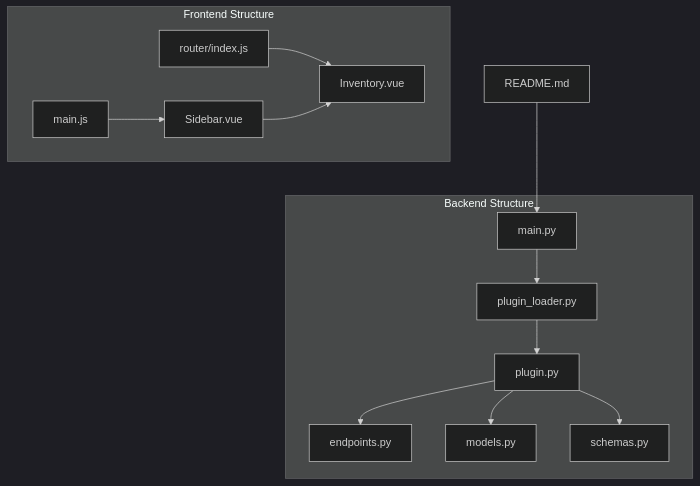
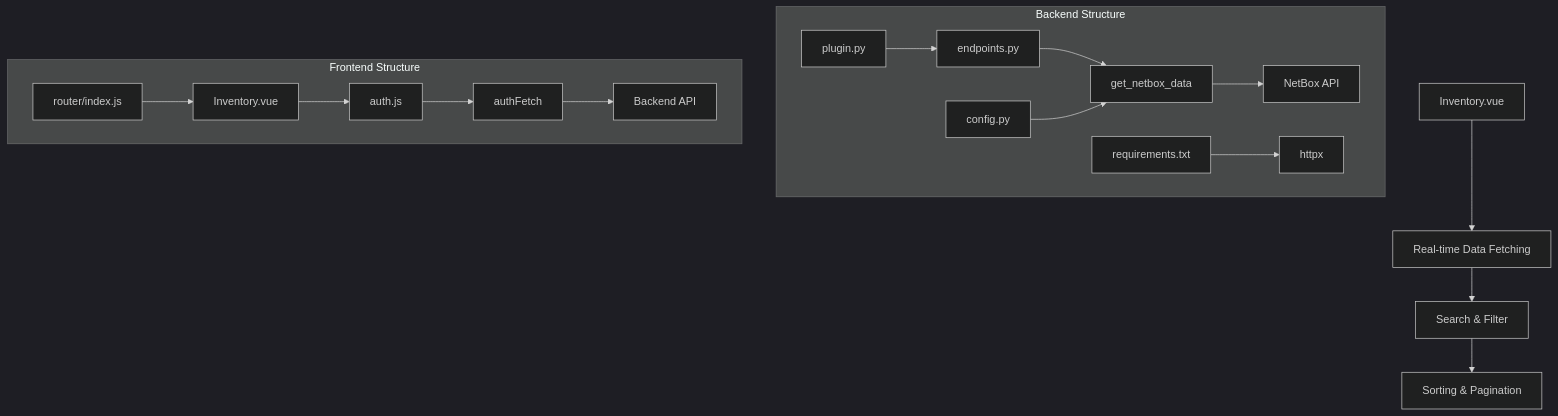
One commit to Nikita5543/New-SSO-02 changed the first of 6 diagrams in .qoder/repowiki/en/content/Built-in Plugins/Inventory Plugin.md. Above: the diagram before and after it, drawn with Mermaid (dark theme). The commit also changed other lines of this file and 1 other file, not shown here.

````diff
--- a/.qoder/repowiki/en/content/Built-in Plugins/Inventory Plugin.md
+++ b/.qoder/repowiki/en/content/Built-in Plugins/Inventory Plugin.md
@@ -43,16 +53,19 @@
 ```mermaid
 graph TB
 subgraph "Backend Structure"
 A[plugin.py] --> B[endpoints.py]
-A --> C[models.py]
-A --> D[schemas.py]
-E[plugin_loader.py] --> A
-F[main.py] --> E
+B --> C[get_netbox_data]
+C --> D[NetBox API]
+E[config.py] --> C
+F[requirements.txt] --> G[httpx]
 end
 subgraph "Frontend Structure"
-G[router/index.js] --> H[Inventory.vue]
-I[main.js] --> J[Sidebar.vue]
-J --> H
+H[router/index.js] --> I[Inventory.vue]
+I --> J[auth.js]
+J --> K[authFetch]
+K --> L[Backend API]
 end
-K[README.md] --> F
+M[Inventory.vue] --> N[Real-time Data Fetching]
+N --> O[Search & Filter]
+O --> P[Sorting & Pagination]
 ```
````
